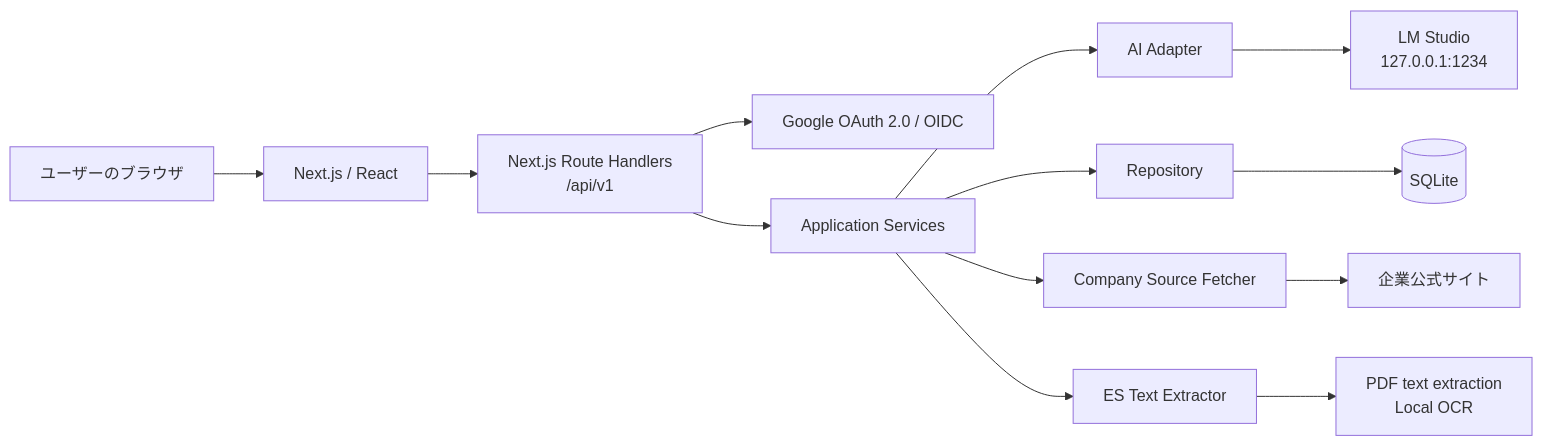
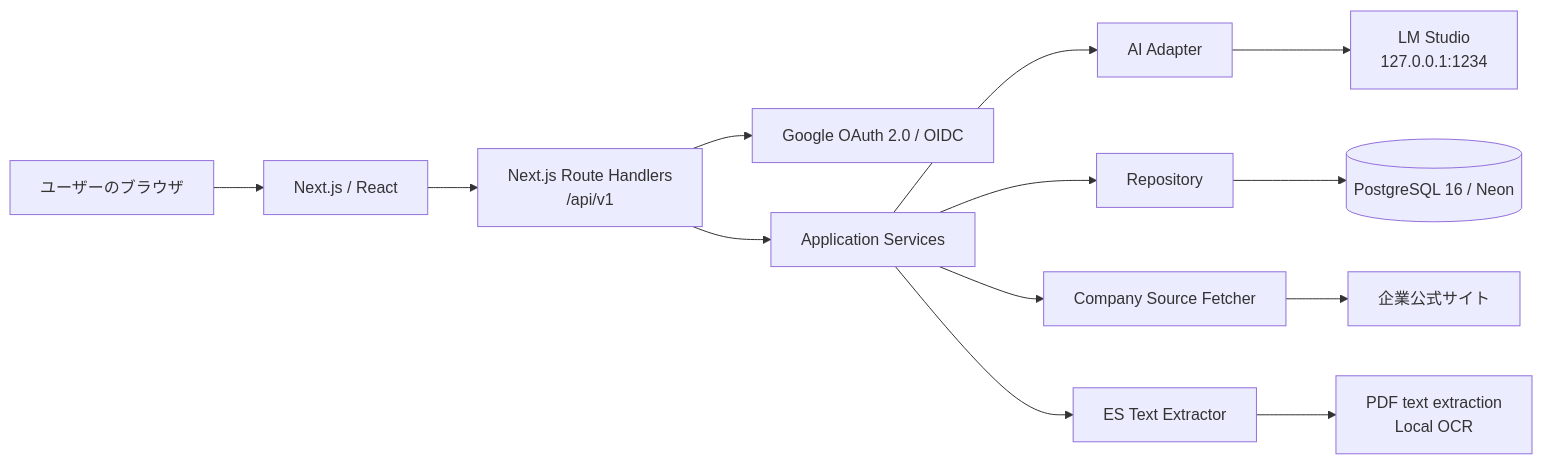
The first of 7 diagrams in docs/architecture.md (HACK-STAGE-STAGE2-teamG-YOZORA/Polaris), drawn with Mermaid before and after one commit. The commit also changed other lines of this file and 17 other files, not shown here.

Commit message:
Fix PostgreSQL migration integration

````diff
--- a/docs/architecture.md
+++ b/docs/architecture.md
@@ -5,15 +5,15 @@
 ```mermaid
 flowchart LR
     U["ユーザーのブラウザ"] --> N["Next.js / React"]
     N --> R["Next.js Route Handlers<br>/api/v1"]
     R --> G["Google OAuth 2.0 / OIDC"]
     R --> S["Application Services"]
     S --> A["AI Adapter"]
     S --> D["Repository"]
     S --> F["Company Source Fetcher"]
     S --> E["ES Text Extractor"]
     A --> L["LM Studio<br>127.0.0.1:1234"]
-    D --> Q[("SQLite")]
+    D --> Q[("PostgreSQL 16 / Neon")]
     F --> W["企業公式サイト"]
     E --> O["PDF text extraction<br>Local OCR"]
 ```
````
